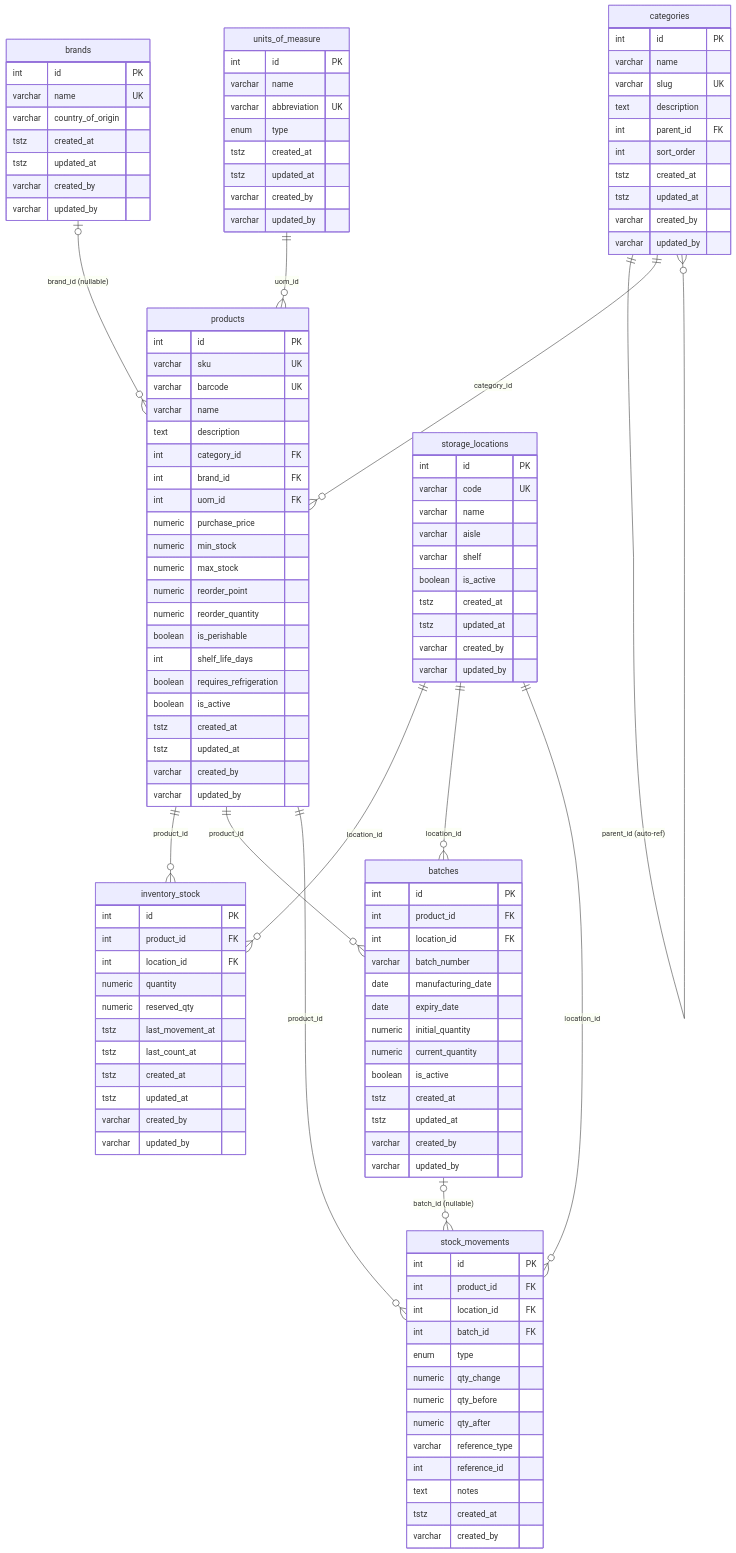
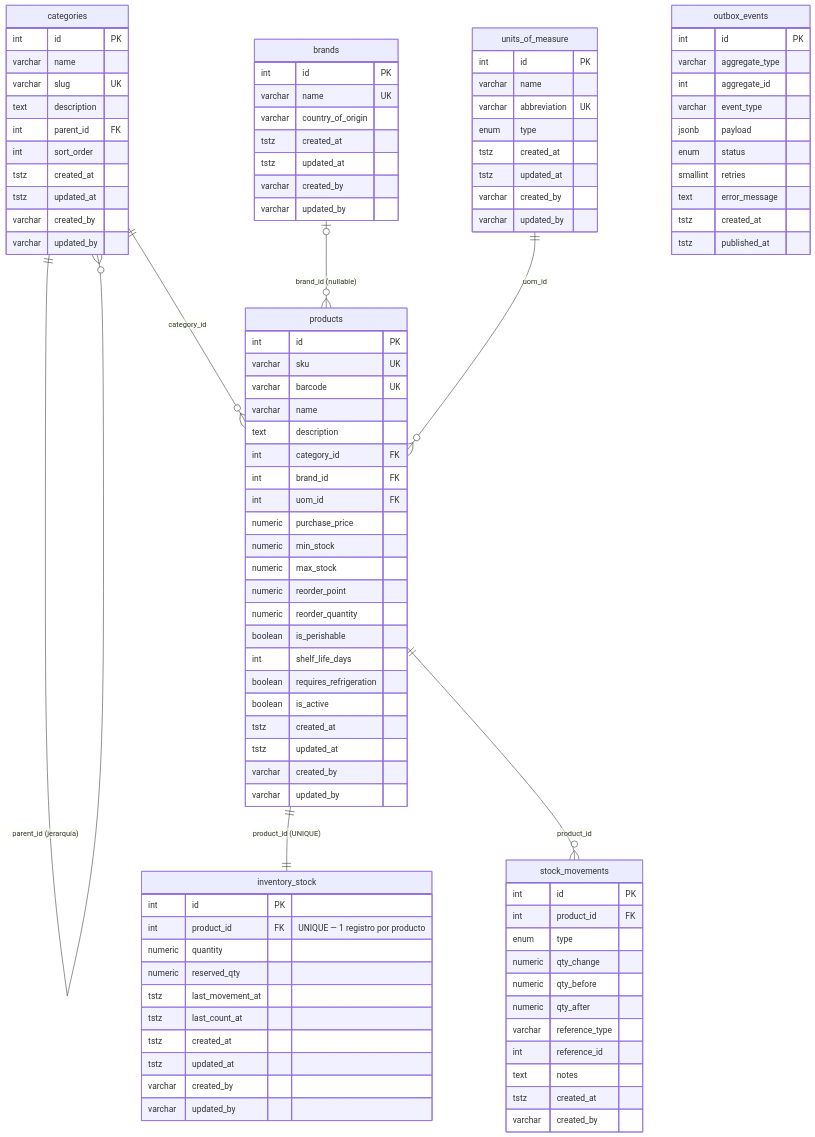
The first of 3 diagrams in docker/postgres/erd.md (Null01/technical-interview-kibernum), drawn with Mermaid before and after one commit. The commit also changed other lines of this file and 3 other files, not shown here.

Commit message:
fix: ⛩️ validate model ER.

````diff
--- a/docker/postgres/erd.md
+++ b/docker/postgres/erd.md
@@ -9,5 +16,6 @@
 ```mermaid
 erDiagram
+
     categories {
         int     id           PK
         varchar name
@@ -43,35 +51,22 @@
     }
 
     products {
-        int      id                     PK
-        varchar  sku                    UK
-        varchar  barcode                UK
-        varchar  name
-        text     description
-        int      category_id            FK
-        int      brand_id               FK
-        int      uom_id                 FK
-        numeric  purchase_price
-        numeric  min_stock
-        numeric  max_stock
-        numeric  reorder_point
-        numeric  reorder_quantity
-        boolean  is_perishable
-        int      shelf_life_days
-        boolean  requires_refrigeration
-        boolean  is_active
-        tstz     created_at
-        tstz     updated_at
-        varchar  created_by
-        varchar  updated_by
-    }
-
-    storage_locations {
-        int     id        PK
-        varchar code      UK
+        int     id                     PK
+        varchar sku                    UK
+        varchar barcode                UK
         varchar name
-        varchar aisle
-        varchar shelf
+        text    description
+        int     category_id            FK
+        int     brand_id               FK
+        int     uom_id                 FK
+        numeric purchase_price
+        numeric min_stock
+        numeric max_stock
+        numeric reorder_point
+        numeric reorder_quantity
+        boolean is_perishable
+        int     shelf_life_days
+        boolean requires_refrigeration
         boolean is_active
         tstz    created_at
         tstz    updated_at
@@ -81,8 +76,7 @@
 
     inventory_stock {
         int     id               PK
-        int     product_id       FK
-        int     location_id      FK
+        int     product_id       FK "UNIQUE — 1 registro por producto"
         numeric quantity
         numeric reserved_qty
         tstz    last_movement_at
@@ -93,27 +87,9 @@
         varchar updated_by
     }
 
-    batches {
-        int     id                 PK
-        int     product_id         FK
-        int     location_id        FK
-        varchar batch_number
-        date    manufacturing_date
-        date    expiry_date
-        numeric initial_quantity
-        numeric current_quantity
-        boolean is_active
-        tstz    created_at
-        tstz    updated_at
-        varchar created_by
-        varchar updated_by
-    }
-
     stock_movements {
         int     id             PK
         int     product_id     FK
-        int     location_id    FK
-        int     batch_id       FK
         enum    type
         numeric qty_change
         numeric qty_before
@@ -125,15 +101,23 @@
         varchar created_by
     }
 
-    categories        ||--o{ categories        : "parent_id (auto-ref)"
-    categories        ||--o{ products          : "category_id"
-    brands            |o--o{ products          : "brand_id (nullable)"
-    units_of_measure  ||--o{ products          : "uom_id"
-    products          ||--o{ inventory_stock   : "product_id"
-    storage_locations ||--o{ inventory_stock   : "location_id"
-    products          ||--o{ batches           : "product_id"
-    storage_locations ||--o{ batches           : "location_id"
-    products          ||--o{ stock_movements   : "product_id"
-    storage_locations ||--o{ stock_movements   : "location_id"
-    batches           |o--o{ stock_movements   : "batch_id (nullable)"
+    outbox_events {
+        int      id             PK
+        varchar  aggregate_type
+        int      aggregate_id
+        varchar  event_type
+        jsonb    payload
+        enum     status
+        smallint retries
+        text     error_message
+        tstz     created_at
+        tstz     published_at
+    }
+
+    categories       ||--o{ categories        : "parent_id (jerarquía)"
+    categories       ||--o{ products          : "category_id"
+    brands           |o--o{ products          : "brand_id (nullable)"
+    units_of_measure ||--o{ products          : "uom_id"
+    products         ||--|| inventory_stock   : "product_id (UNIQUE)"
+    products         ||--o{ stock_movements   : "product_id"
 ```
````
